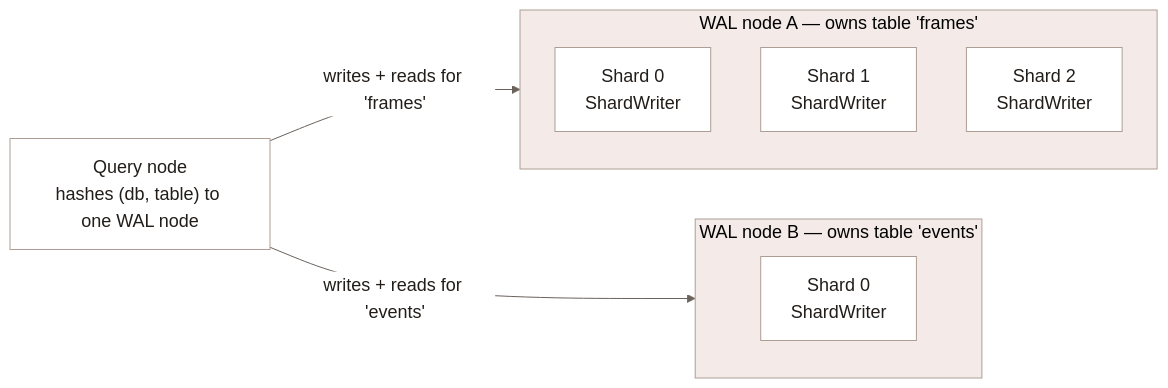
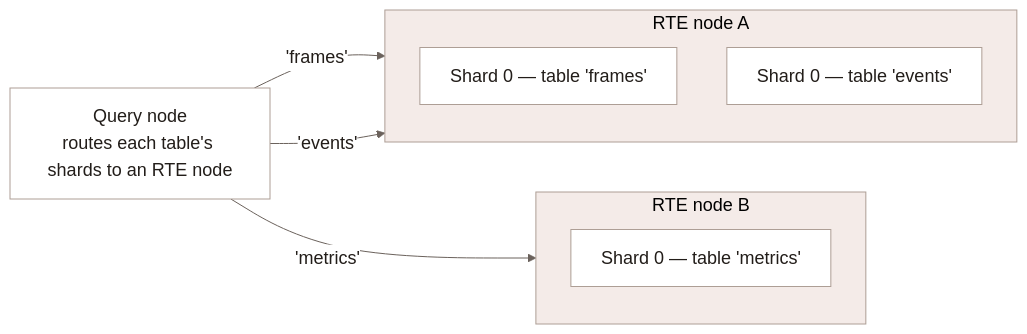
One commit to lancedb/lancedb changed the second of 2 diagrams in docs/web/enterprise/distributed-real-time-write.mdx. Above: the diagram before and after it, drawn with Mermaid. The commit also changed other lines of this file and 34 other files, not shown here.

````diff
--- a/docs/web/enterprise/distributed-real-time-write.mdx
+++ b/docs/web/enterprise/distributed-real-time-write.mdx
@@ -62,26 +64,26 @@
 ```mermaid
 %%{init: {"theme": "base", "themeVariables": {
   "background": "#ffffff", "primaryColor": "#ffffff", "primaryTextColor": "#221d19",
   "primaryBorderColor": "#ad9e95", "lineColor": "#6b625c", "textColor": "#221d19",
   "clusterBkg": "#f4ebe8", "clusterBorder": "#ad9e95", "edgeLabelBackground": "#ffffff",
   "fontFamily": "Inter, sans-serif", "fontSize": "18px"
 }}}%%
 flowchart LR
-    Q["Query node<br/>hashes (db, table) to one WAL node"]
+    Q["Query node<br/>routes each table's shards to an RTE node"]
 
-    subgraph W0["WAL node A — owns table 'frames'"]
+    subgraph W0["RTE node A"]
         direction TB
-        S0["Shard 0<br/>ShardWriter"]
-        S1["Shard 1<br/>ShardWriter"]
-        S2["Shard 2<br/>ShardWriter"]
+        S0["Shard 0 — table 'frames'"]
+        S1["Shard 0 — table 'events'"]
     end
 
-    subgraph W1["WAL node B — owns table 'events'"]
+    subgraph W1["RTE node B"]
         direction TB
-        S3["Shard 0<br/>ShardWriter"]
+        S2["Shard 0 — table 'metrics'"]
     end
 
-    Q -- "writes + reads for 'frames'" --> W0
-    Q -- "writes + reads for 'events'" --> W1
+    Q -- "'frames'" --> W0
+    Q -- "'events'" --> W0
+    Q -- "'metrics'" --> W1
     classDef default fill:#ffffff,stroke:#ad9e95,stroke-width:1px,color:#221d19
 ```
````
